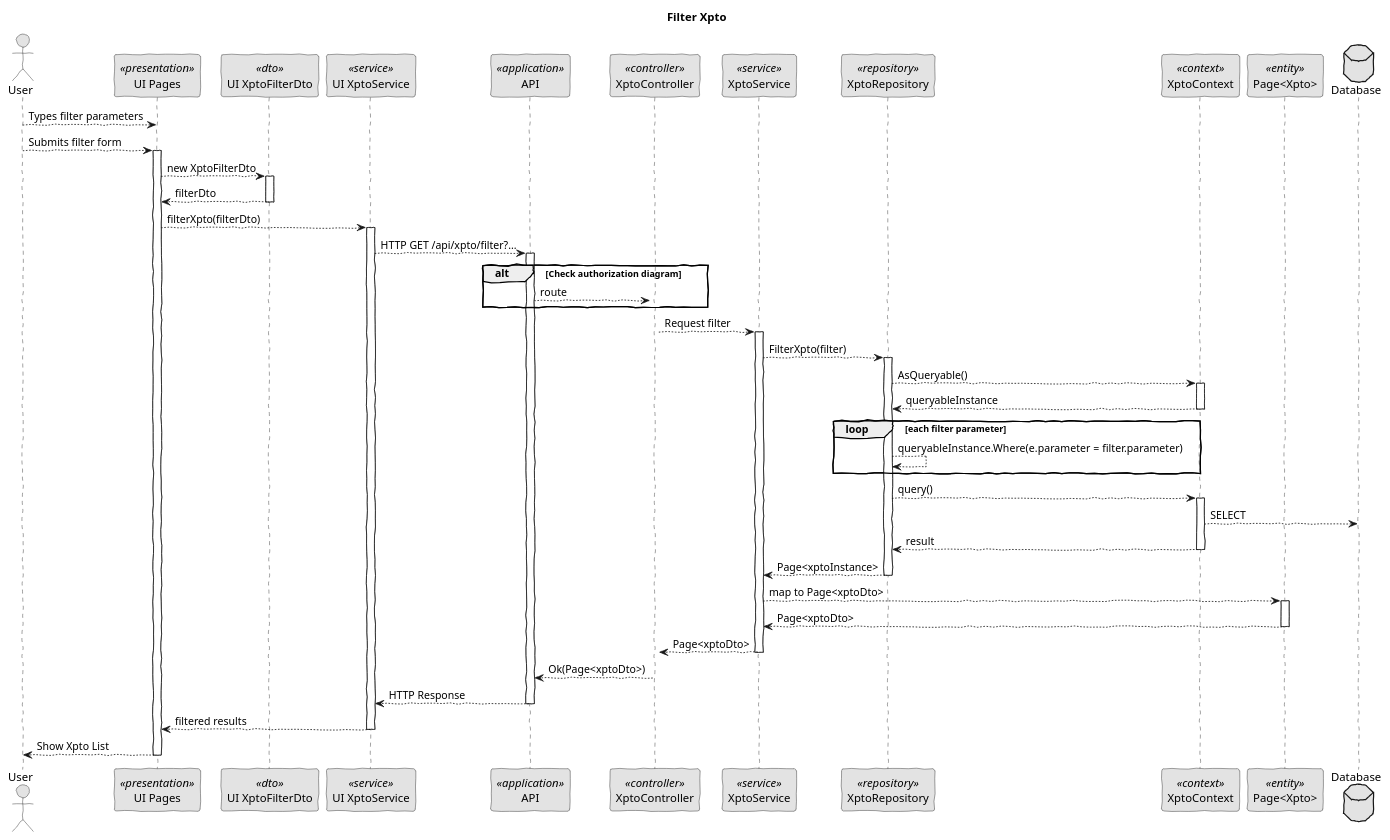
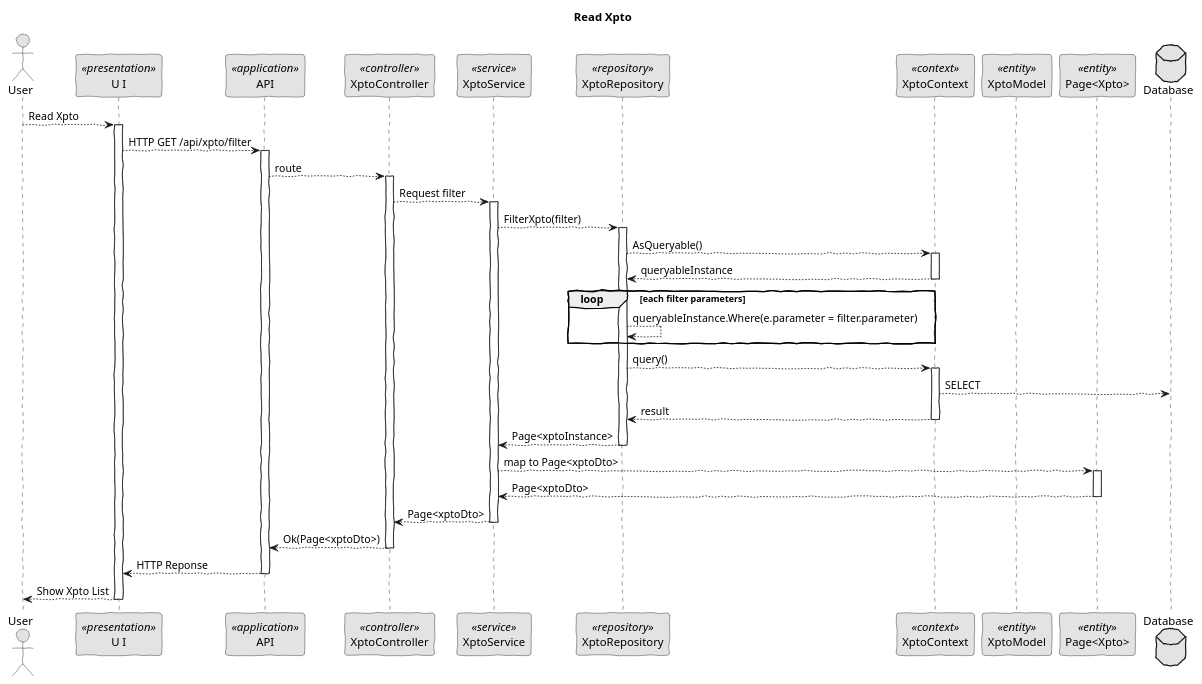
Before and after one commit to BernasDzn/portit: the diagram in docs/sprint_2/global_artifacts/arquitecture/level_4/process_views/l4_process_view_filter.puml, drawn with PlantUML. The commit also changed 13 other files, not shown here.

```diff
--- a/docs/sprint_2/global_artifacts/arquitecture/level_4/process_views/l4_process_view_filter.puml
+++ b/docs/sprint_2/global_artifacts/arquitecture/level_4/process_views/l4_process_view_filter.puml
@@ -1,86 +1,77 @@
 @startuml sequence_diagram_filter
 skinparam handwritten true
 skinparam monochrome true
 skinparam packageStyle rect
 skinparam defaultFontName FG Virgil
 skinparam shadowing false
 
 actor User as Actor
-participant "UI Pages" as UI <<presentation>>
-participant "UI XptoFilterDto" as UiDto <<dto>>
-participant "UI XptoService" as UiService <<service>>
+participant "U I" as UI <<presentation>>
 participant API as API <<application>>
 participant XptoController as Controller <<controller>>
 participant XptoService as Service <<service>>
 participant XptoRepository as Repository <<repository>>
 participant XptoContext as Context <<context>>
+participant XptoModel as Model <<entity>>
 participant "Page<Xpto>" as Page <<entity>>
 database Database
 
-title Filter Xpto
+title Read Xpto
 
-Actor --> UI: Types filter parameters
-Actor --> UI: Submits filter form
+Actor --> UI: Read Xpto
 activate UI
 
-    UI --> UiDto: new XptoFilterDto
-    activate UiDto
-        UiDto --> UI: filterDto
-    deactivate UiDto
+    UI --> API: HTTP GET /api/xpto/filter
 
-    UI --> UiService: filterXpto(filterDto)
-    activate UiService
+    activate API
 
-        UiService --> API: HTTP GET /api/xpto/filter?...
-        activate API
+        API --> Controller: route
+        activate Controller
 
-            alt Check authorization diagram
-                API --> Controller: route
-            end
-            activate Controller
+            Controller --> Service: Request filter
+            activate Service
 
-                Controller --> Service: Request filter
-                activate Service
+                Service --> Repository: FilterXpto(filter)
+                activate Repository
+                
+                    Repository --> Context: AsQueryable()
+                    activate Context
+                        Context --> Repository: queryableInstance
+                    deactivate Context
 
-                    Service --> Repository: FilterXpto(filter)
-                    activate Repository
-                    
-                        Repository --> Context: AsQueryable()
-                        activate Context
-                            Context --> Repository: queryableInstance
-                        deactivate Context
+                    loop each filter parameters
+                        Repository --> Repository: queryableInstance.Where(e.parameter = filter.parameter)
+                    end
 
-                        loop each filter parameter
-                            Repository --> Repository: queryableInstance.Where(e.parameter = filter.parameter)
-                        end
+                    Repository --> Context: query()
 
-                        Repository --> Context: query()
-                        activate Context
-                            Context --> Database: SELECT
-                            Context --> Repository: result
-                        deactivate Context
+                    activate Context
+                        Context --> Database: SELECT
+                        Context --> Repository: result
+                    deactivate Context
 
-                        Repository --> Service: Page<xptoInstance>
-                    deactivate Repository
+                    Repository --> Service: Page<xptoInstance>
+                deactivate Repository
 
-                    Service --> Page: map to Page<xptoDto>
-                    activate Page
-                        Page --> Service: Page<xptoDto>
-                    deactivate Page
+                Service --> Page: map to Page<xptoDto>
+                activate Page
+                    Page --> Service: Page<xptoDto>
+                deactivate Page
 
-                    Service --> Controller: Page<xptoDto>
-                deactivate Service
+                ' Service --> Model: toDto()
+                ' activate Model
+                '     Model --> Service: xptoInstanceDto
+                ' deactivate Model
 
-                Controller --> API: Ok(Page<xptoDto>)
-            deactivate Controller
+                Service --> Controller: Page<xptoDto>
+            deactivate Service
 
-            API --> UiService: HTTP Response
-        deactivate API
+            Controller --> API: Ok(Page<xptoDto>)
+        deactivate Controller
 
-        UiService --> UI: filtered results
-    deactivate UiService
-
+        API --> UI: HTTP Reponse
+    deactivate API
 UI --> Actor: Show Xpto List
 deactivate UI
-
+            
 @enduml
```
